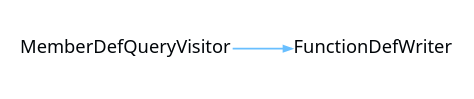
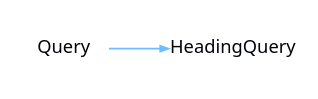
Before and after one commit to CharlesCarley/MdDox: the diagram in Current/images/internal-diagram-25.dot, drawn with Graphviz. The commit also changed 834 other files, not shown here.

```diff
--- a/Current/images/internal-diagram-25.dot
+++ b/Current/images/internal-diagram-25.dot
@@ -1,26 +1,26 @@
 digraph {
  rankdir = "LR"
  bgcolor = none;
  layout  = dot;
  edge [
    arrowsize = "0.5"
    color     = "#69BFFFFF"
  ]
- d29RbES[
+ WifuMA2[
    shape    = none
-   label    = "MemberDefQueryVisitor"
+   label    = "Query"
    margin   = "0.01"
    fontname = "Segoe UI"
    fontsize = "11"
    fontcolor= "#010509FF"
  ]
- dHJRbES[
+ WcZuMA2[
    shape    = none
-   label    = "FunctionDefWriter"
+   label    = "HeadingQuery"
    margin   = "0.01"
    fontname = "Segoe UI"
    fontsize = "11"
    fontcolor= "#010509FF"
  ]
- d29RbES->dHJRbES
+ WifuMA2->WcZuMA2
 }
```
